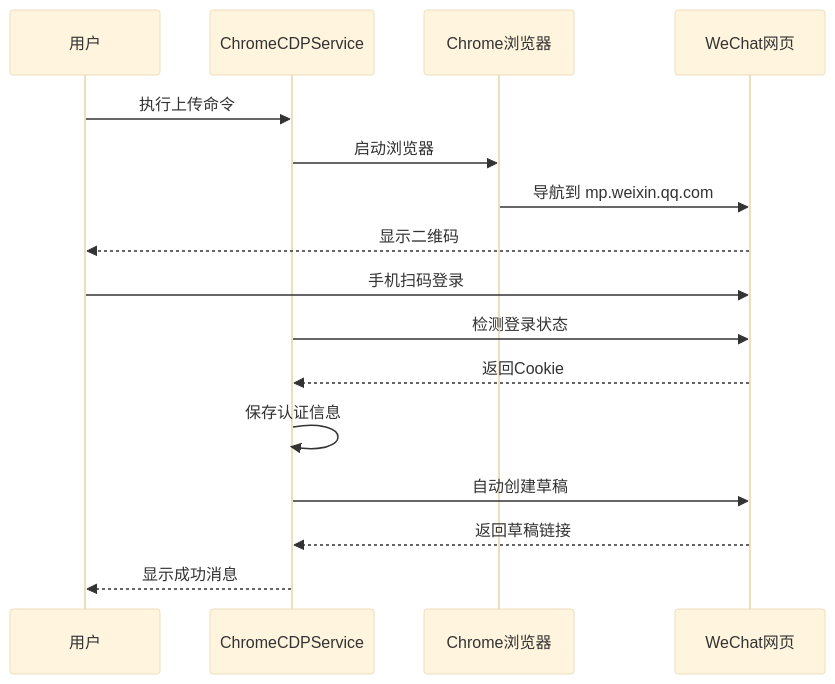
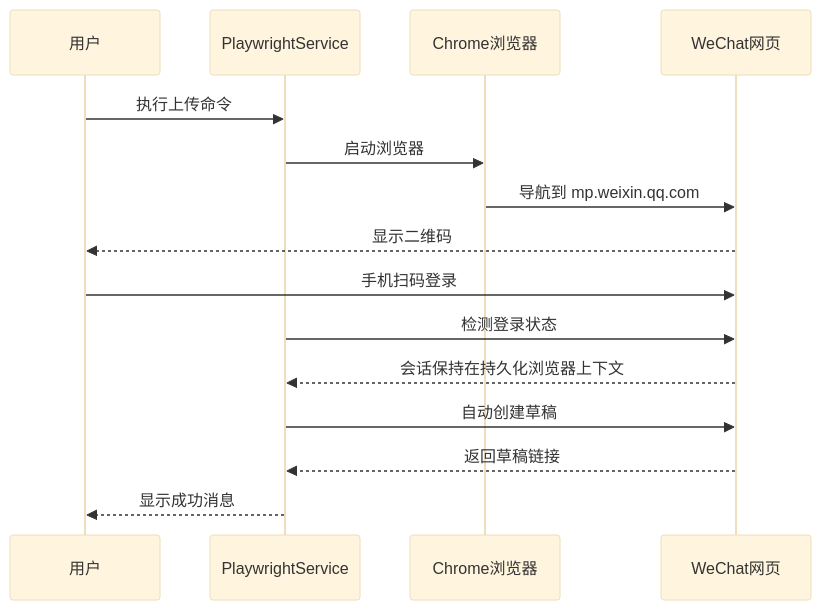
Before and after one commit to cygnusyang/wechatpost: the second of 7 diagrams in docs/architecture.md, drawn with Mermaid (base theme). The commit also changed other lines of this file and 8 other files, not shown here.

````diff
--- a/docs/architecture.md
+++ b/docs/architecture.md
@@ -94,19 +75,18 @@
   ```mermaid
   sequenceDiagram
     participant U as 用户
-    participant C as ChromeCDPService
+    participant C as PlaywrightService
     participant B as Chrome浏览器
     participant W as WeChat网页
     
     U->>C: 执行上传命令
     C->>B: 启动浏览器
     B->>W: 导航到 mp.weixin.qq.com
     W-->>U: 显示二维码
     U->>W: 手机扫码登录
     C->>W: 检测登录状态
-    W-->>C: 返回Cookie
-    C->>C: 保存认证信息
+    W-->>C: 会话保持在持久化浏览器上下文
     C->>W: 自动创建草稿
     W-->>C: 返回草稿链接
     C-->>U: 显示成功消息
   ```
````
